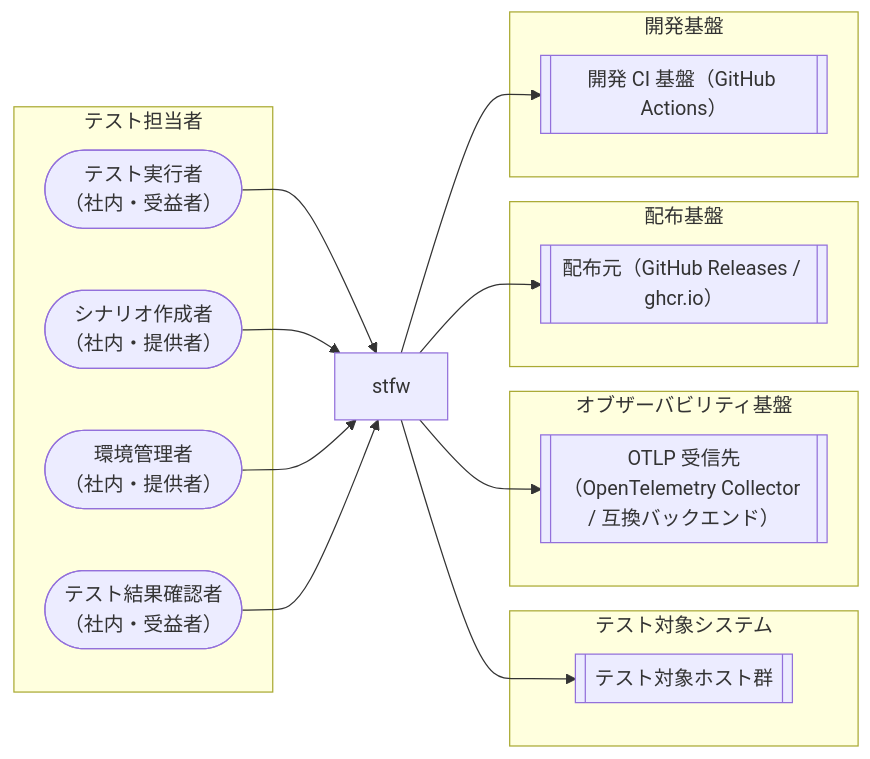
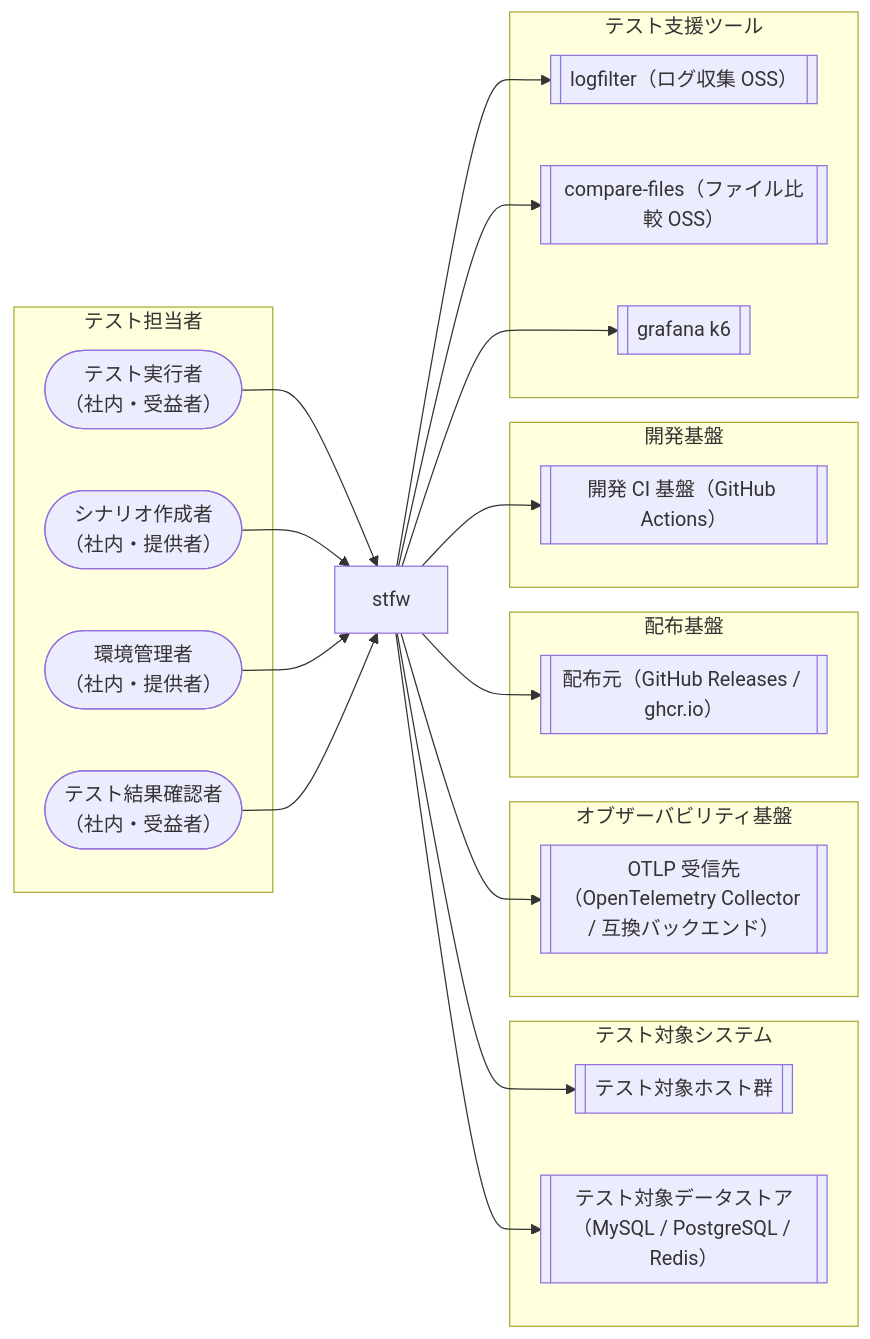
One commit to scenario-test-framework/stfw changed the diagram in docs/rdra/latest/views/01_システムコンテキスト.md. Above: the diagram before and after it, drawn with Mermaid. The commit also changed other lines of this file and 24 other files, not shown here.

````diff
--- a/docs/rdra/latest/views/01_システムコンテキスト.md
+++ b/docs/rdra/latest/views/01_システムコンテキスト.md
@@ -7,30 +7,40 @@
 ```mermaid
 graph LR
   subgraph AG1["テスト担当者"]
     AC1(["テスト実行者<br/>（社内・受益者）"])
     AC2(["シナリオ作成者<br/>（社内・提供者）"])
     AC3(["環境管理者<br/>（社内・提供者）"])
     AC4(["テスト結果確認者<br/>（社内・受益者）"])
   end
   SYS["stfw"]
   subgraph EG1["テスト対象システム"]
     EX1[["テスト対象ホスト群"]]
+    EX2[["テスト対象データストア（MySQL / PostgreSQL / Redis）"]]
   end
   subgraph EG2["オブザーバビリティ基盤"]
-    EX2[["OTLP 受信先（OpenTelemetry Collector / 互換バックエンド）"]]
+    EX3[["OTLP 受信先（OpenTelemetry Collector / 互換バックエンド）"]]
   end
   subgraph EG3["配布基盤"]
-    EX3[["配布元（GitHub Releases / ghcr.io）"]]
+    EX4[["配布元（GitHub Releases / ghcr.io）"]]
   end
   subgraph EG4["開発基盤"]
-    EX4[["開発 CI 基盤（GitHub Actions）"]]
+    EX5[["開発 CI 基盤（GitHub Actions）"]]
+  end
+  subgraph EG5["テスト支援ツール"]
+    EX6[["logfilter（ログ収集 OSS）"]]
+    EX7[["compare-files（ファイル比較 OSS）"]]
+    EX8[["grafana k6"]]
   end
   AC1 --> SYS
   AC2 --> SYS
   AC3 --> SYS
   AC4 --> SYS
   SYS --> EX1
   SYS --> EX2
   SYS --> EX3
   SYS --> EX4
+  SYS --> EX5
+  SYS --> EX6
+  SYS --> EX7
+  SYS --> EX8
 ```
````
